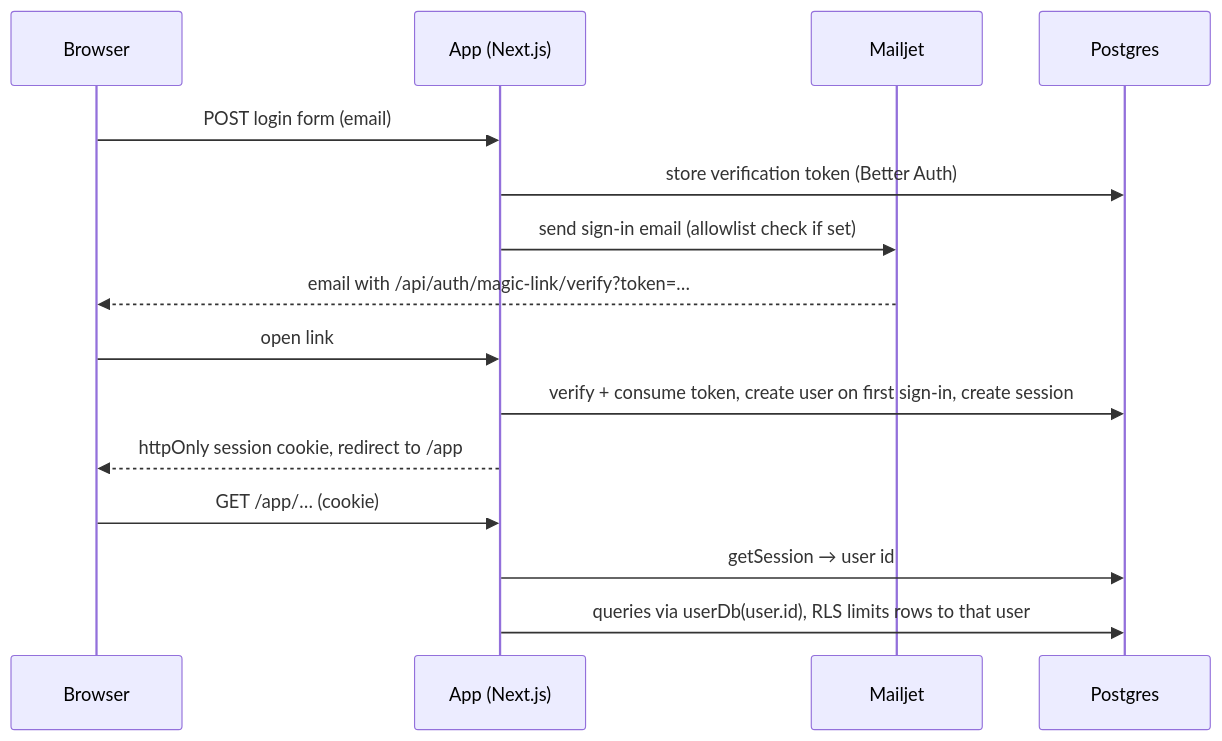
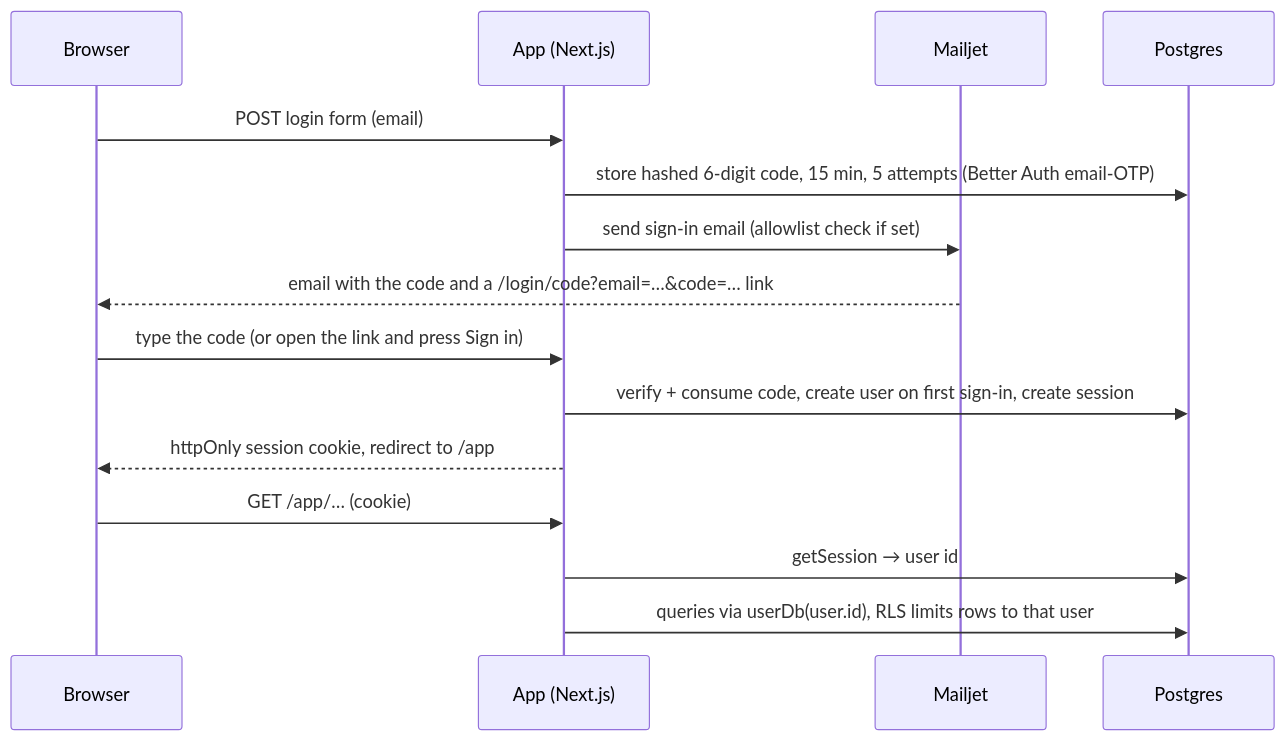
The second of 5 diagrams in docs/ARCHITECTURE.md (JoyBhuiya/Cardlens), drawn with Mermaid before and after one commit. The commit also changed other lines of this file and 68 other files, not shown here.

````diff
--- a/docs/ARCHITECTURE.md
+++ b/docs/ARCHITECTURE.md
@@ -60,17 +60,17 @@
 ```mermaid
 sequenceDiagram
   participant B as Browser
   participant A as App (Next.js)
   participant M as Mailjet
   participant D as Postgres
   B->>A: POST login form (email)
-  A->>D: store verification token (Better Auth)
+  A->>D: store hashed 6-digit code, 15 min, 5 attempts (Better Auth email-OTP)
   A->>M: send sign-in email (allowlist check if set)
-  M-->>B: email with /api/auth/magic-link/verify?token=…
-  B->>A: open link
-  A->>D: verify + consume token, create user on first sign-in, create session
+  M-->>B: email with the code and a /login/code?email=…&code=… link
+  B->>A: type the code (or open the link and press Sign in)
+  A->>D: verify + consume code, create user on first sign-in, create session
   A-->>B: httpOnly session cookie, redirect to /app
   B->>A: GET /app/… (cookie)
   A->>D: getSession → user id
   A->>D: queries via userDb(user.id), RLS limits rows to that user
 ```
````
